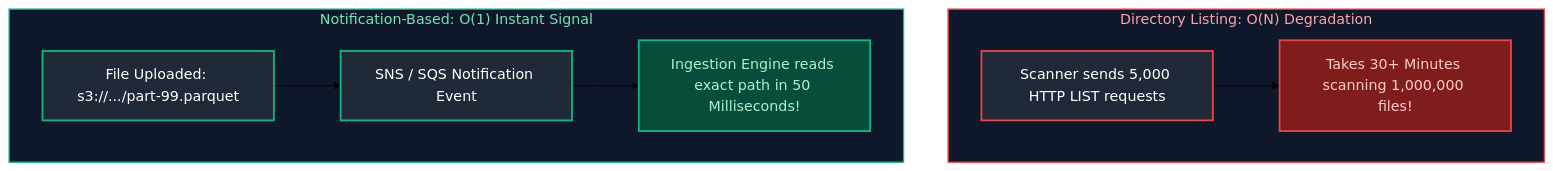
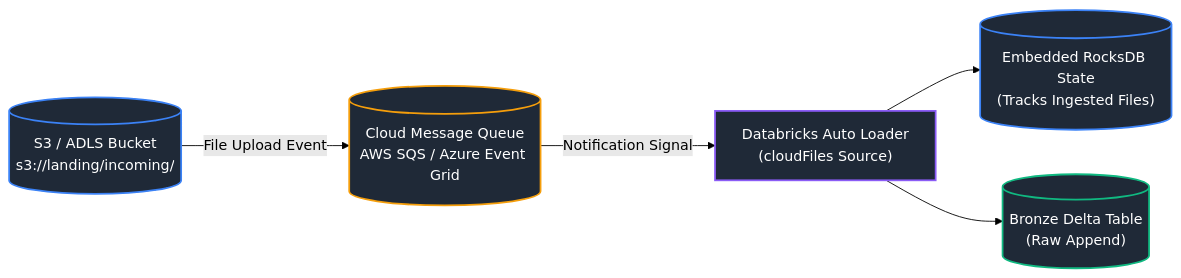
Diagram 19 of 24 in Data Engineering/10_data_pipeline_design_and_ingestion.md (joydeep-biswas/Interview-Preparation), drawn with Mermaid (forest theme) before and after one commit. The commit also changed other lines of this file and 143 other files, not shown here.

````diff
--- a/Data Engineering/10_data_pipeline_design_and_ingestion.md
+++ b/Data Engineering/10_data_pipeline_design_and_ingestion.md
@@ -762,20 +1437,13 @@
 ```mermaid
-flowchart TD
-    subgraph DirListing ["Directory Listing: O(N) Degradation"]
-        Scanner["Scanner sends 5,000 HTTP LIST requests"] --> Delay["Takes 30+ Minutes scanning 1,000,000 files!"]
-    end
+flowchart LR
+    S3Landing[("S3 / ADLS Bucket<br/>s3://landing/incoming/")] -->|File Upload Event| Queue[("Cloud Message Queue<br/>AWS SQS / Azure Event Grid")]
+    Queue -->|Notification Signal| AutoLoader["Databricks Auto Loader<br/>(cloudFiles Source)"]
+    AutoLoader --> RocksDB[("Embedded RocksDB State<br/>(Tracks Ingested Files)")]
+    AutoLoader --> DeltaBronze[("Bronze Delta Table<br/>(Raw Append)")]
 
-    subgraph EventNotification ["Notification-Based: O(1) Instant Signal"]
-        PutFile["File Uploaded: s3://.../part-99.parquet"] --> Event["SNS / SQS Notification Event"]
-        Event --> Consumer["Ingestion Engine reads exact path in 50 Milliseconds!"]
-    end
-
-    style DirListing fill:#0f172a,stroke:#ef4444,stroke-width:1.5px,color:#fca5a5
-    style EventNotification fill:#0f172a,stroke:#10b981,stroke-width:1.5px,color:#6ee7b7
-
-    style Scanner fill:#1f2937,stroke:#ef4444,stroke-width:2px,color:#fff
-    style Delay fill:#7f1d1d,stroke:#ef4444,stroke-width:2px,color:#fecaca
-    style PutFile fill:#1f2937,stroke:#10b981,stroke-width:2px,color:#fff
-    style Event fill:#1f2937,stroke:#10b981,stroke-width:2px,color:#fff
-    style Consumer fill:#064e3b,stroke:#10b981,stroke-width:2px,color:#a7f3d0
+    style S3Landing fill:#1f2937,stroke:#3b82f6,stroke-width:2px,color:#fff
+    style Queue fill:#1f2937,stroke:#f59e0b,stroke-width:2px,color:#fff
+    style AutoLoader fill:#1f2937,stroke:#8b5cf6,stroke-width:2px,color:#fff
+    style RocksDB fill:#1f2937,stroke:#3b82f6,stroke-width:2px,color:#fff
+    style DeltaBronze fill:#1f2937,stroke:#10b981,stroke-width:2px,color:#fff
 ```
````
